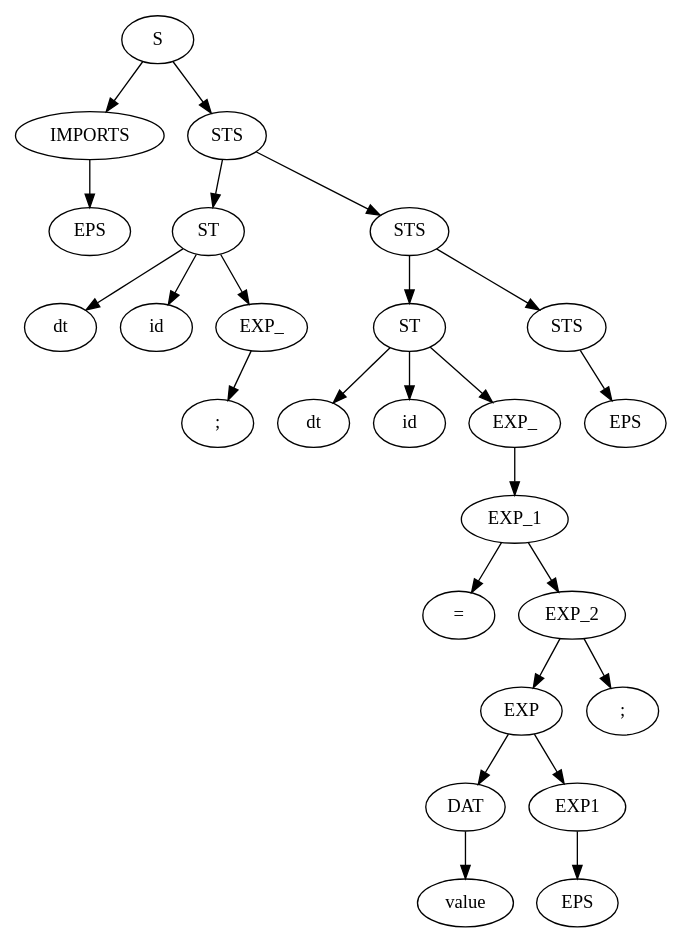
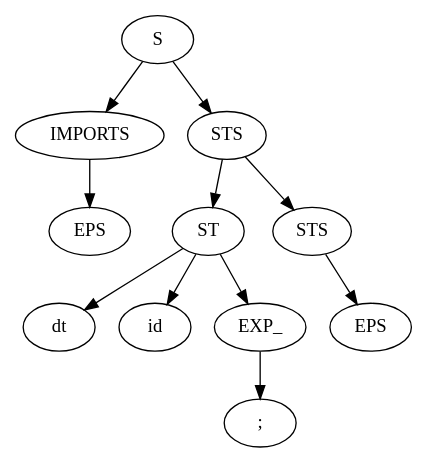
Before and after one commit to eddyrene/compiler: the diagram in tree.gv, drawn with Graphviz. The commit also changed 16 other files, not shown here.

```diff
--- a/tree.gv
+++ b/tree.gv
@@ -1,78 +1,34 @@
 digraph G {
-"0x108a940";
-"0x108a940"[label="S"];
-"0x108a940" -> "0x10695e0";
-"0x10695e0"[label="IMPORTS"];
-"0x108a940" -> "0x1087df0";
-"0x1087df0"[label="STS"];
-"0x10695e0";
-"0x10695e0"[label="IMPORTS"];
-"0x10695e0" -> "0x106df10";
-"0x106df10"[label="EPS"];
-"0x1087df0";
-"0x1087df0"[label="STS"];
-"0x1087df0" -> "0x1029b60";
-"0x1029b60"[label="ST"];
-"0x1087df0" -> "0x10852a0";
-"0x10852a0"[label="STS"];
-"0x1029b60";
-"0x1029b60"[label="ST"];
-"0x1029b60" -> "0x106ee40";
-"0x106ee40"[label="dt"];
-"0x1029b60" -> "0x106eb80";
-"0x106eb80"[label="id"];
-"0x1029b60" -> "0x1020aa0";
-"0x1020aa0"[label="EXP_"];
-"0x1020aa0";
-"0x1020aa0"[label="EXP_"];
-"0x1020aa0" -> "0x1069690";
-"0x1069690"[label=";"];
-"0x10852a0";
-"0x10852a0"[label="STS"];
-"0x10852a0" -> "0x10810e0";
-"0x10810e0"[label="ST"];
-"0x10852a0" -> "0x1085220";
-"0x1085220"[label="STS"];
-"0x10810e0";
-"0x10810e0"[label="ST"];
-"0x10810e0" -> "0x10851e0";
-"0x10851e0"[label="dt"];
-"0x10810e0" -> "0x1083c50";
-"0x1083c50"[label="id"];
-"0x10810e0" -> "0x107fb50";
-"0x107fb50"[label="EXP_"];
-"0x107fb50";
-"0x107fb50"[label="EXP_"];
-"0x107fb50" -> "0x107cf70";
-"0x107cf70"[label="EXP_1"];
-"0x107cf70";
-"0x107cf70"[label="EXP_1"];
-"0x107cf70" -> "0x107fb10";
-"0x107fb10"[label="="];
-"0x107cf70" -> "0x107a3e0";
-"0x107a3e0"[label="EXP_2"];
-"0x107a3e0";
-"0x107a3e0"[label="EXP_2"];
-"0x107a3e0" -> "0x1077870";
-"0x1077870"[label="EXP"];
-"0x107a3e0" -> "0x107b9c0";
-"0x107b9c0"[label=";"];
-"0x1077870";
-"0x1077870"[label="EXP"];
-"0x1077870" -> "0x106ef00";
-"0x106ef00"[label="DAT"];
-"0x1077870" -> "0x10777d0";
-"0x10777d0"[label="EXP1"];
-"0x106ef00";
-"0x106ef00"[label="DAT"];
-"0x106ef00" -> "0x1077790";
-"0x1077790"[label="value"];
-"0x10777d0";
-"0x10777d0"[label="EXP1"];
-"0x10777d0" -> "0x1077810";
-"0x1077810"[label="EPS"];
-"0x1085220";
-"0x1085220"[label="STS"];
-"0x1085220" -> "0x1085260";
-"0x1085260"[label="EPS"];
+"0x23be0f0";
+"0x23be0f0"[label="S"];
+"0x23be0f0" -> "0x238bdd0";
+"0x238bdd0"[label="IMPORTS"];
+"0x23be0f0" -> "0x23bb5a0";
+"0x23bb5a0"[label="STS"];
+"0x238bdd0";
+"0x238bdd0"[label="IMPORTS"];
+"0x238bdd0" -> "0x2233450";
+"0x2233450"[label="EPS"];
+"0x23bb5a0";
+"0x23bb5a0"[label="STS"];
+"0x23bb5a0" -> "0x23b2d60";
+"0x23b2d60"[label="ST"];
+"0x23bb5a0" -> "0x23bb520";
+"0x23bb520"[label="STS"];
+"0x23b2d60";
+"0x23b2d60"[label="ST"];
+"0x23b2d60" -> "0x23bb4e0";
+"0x23bb4e0"[label="dt"];
+"0x23b2d60" -> "0x23b9f50";
+"0x23b9f50"[label="id"];
+"0x23b2d60" -> "0x237bfe0";
+"0x237bfe0"[label="EXP_"];
+"0x237bfe0";
+"0x237bfe0"[label="EXP_"];
+"0x237bfe0" -> "0x23a9220";
+"0x23a9220"[label=";"];
+"0x23bb520";
+"0x23bb520"[label="STS"];
+"0x23bb520" -> "0x23bb560";
+"0x23bb560"[label="EPS"];
 }
```
